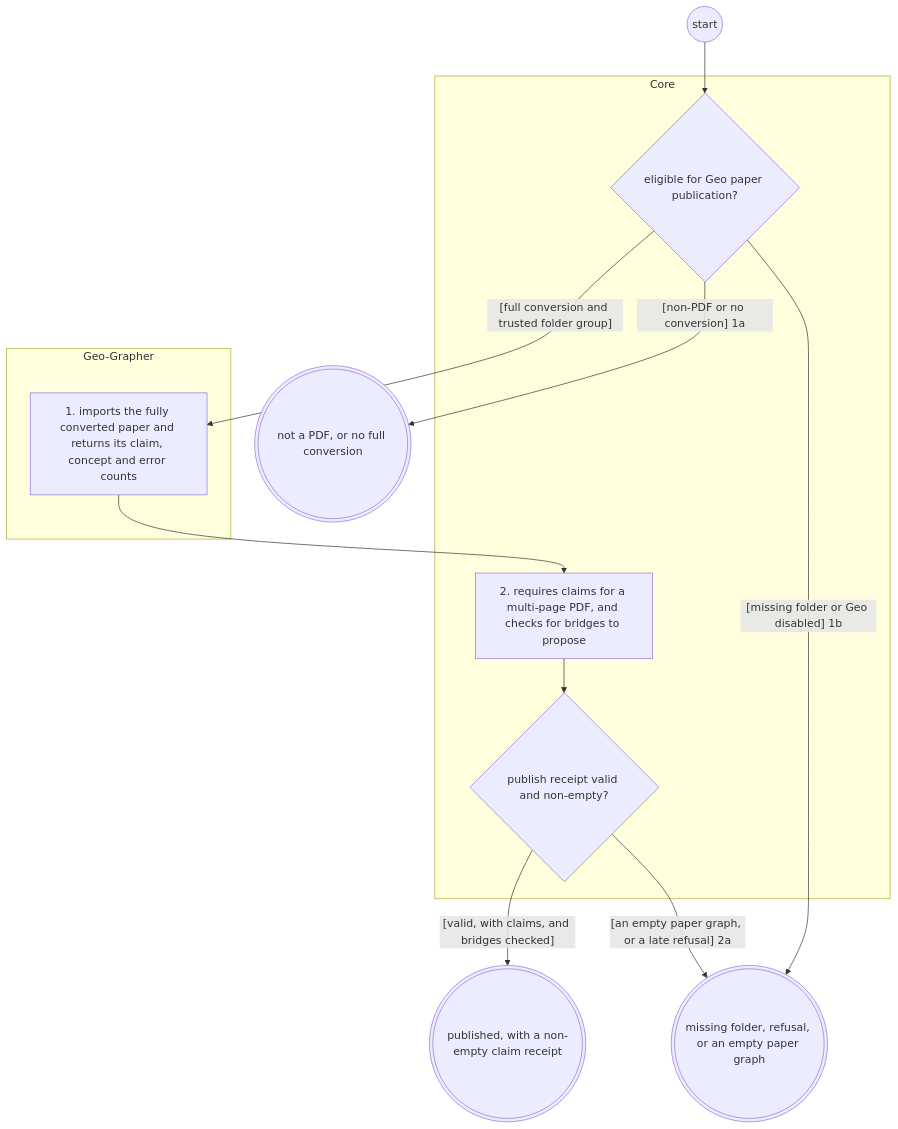
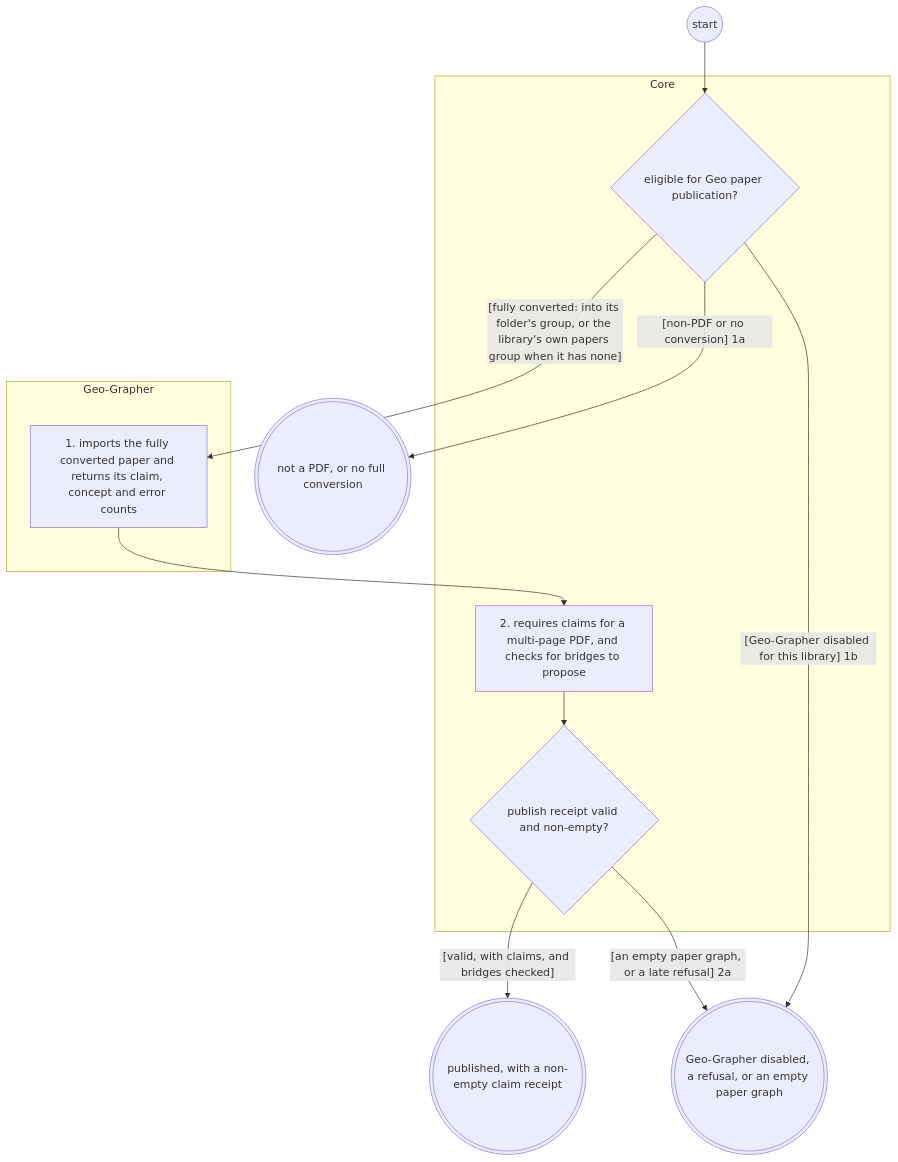
One commit to Jake36999/Librarian_V2 changed the diagram in reports/2026-11-25-systems-analysis-finalisation/librarian/to-be/views/paper-publication.views.md. Above: the diagram before and after it, drawn with Mermaid. The commit also changed other lines of this file and 51 other files, not shown here.

````diff
--- a/reports/2026-11-25-systems-analysis-finalisation/librarian/to-be/views/paper-publication.views.md
+++ b/reports/2026-11-25-systems-analysis-finalisation/librarian/to-be/views/paper-publication.views.md
@@ -39,24 +39,24 @@
 ```mermaid
 flowchart TD
   subgraph Core["Core"]
     dpub{"eligible for Geo paper publication?"}
     pubreceipt["2. requires claims for a multi-page PDF, and checks for bridges to propose"]
     dpubok{"publish receipt valid and non-empty?"}
   end
   subgraph Geo_Grapher["Geo-Grapher"]
     publish["1. imports the fully converted paper and returns its claim, concept and error counts"]
   end
   s(("start"))
   e_success((("published, with a non-empty claim receipt")))
   e_not_applicable((("not a PDF, or no full conversion")))
-  e_gap((("missing folder, refusal, or an empty paper graph")))
+  e_gap((("Geo-Grapher disabled, a refusal, or an empty paper graph")))
   s --> dpub
-  dpub -->|"[full conversion and trusted folder group]"| publish
+  dpub -->|"[fully converted: into its folder's group, or the library's own papers group when it has none]"| publish
   dpub -->|"[non-PDF or no conversion] 1a"| e_not_applicable
-  dpub -->|"[missing folder or Geo disabled] 1b"| e_gap
+  dpub -->|"[Geo-Grapher disabled for this library] 1b"| e_gap
   publish --> pubreceipt
   pubreceipt --> dpubok
   dpubok -->|"[valid, with claims, and bridges checked]"| e_success
   dpubok -->|"[an empty paper graph, or a late refusal] 2a"| e_gap
   classDef ext stroke:#d9534f,stroke-width:2px
 ```
````
